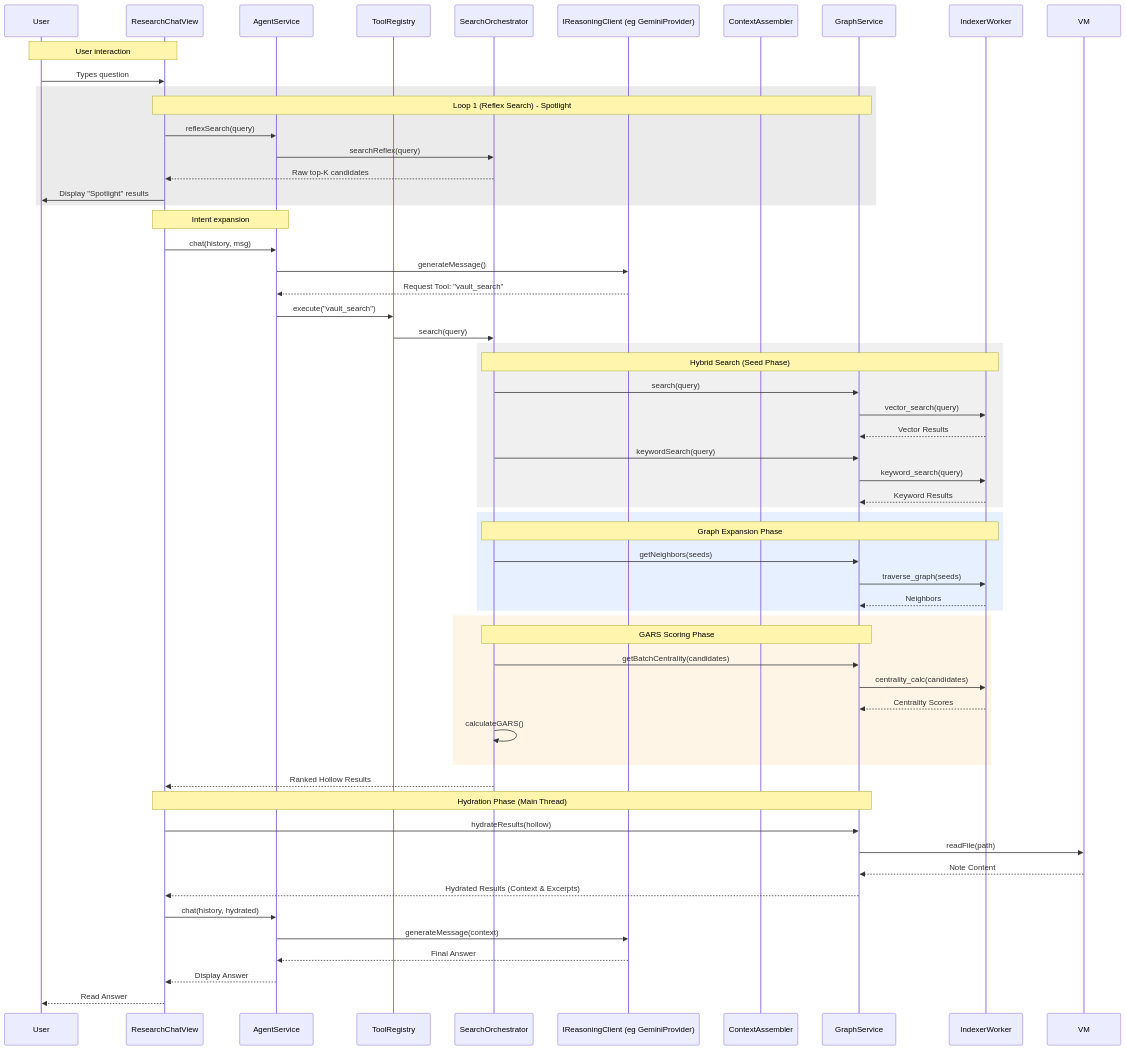
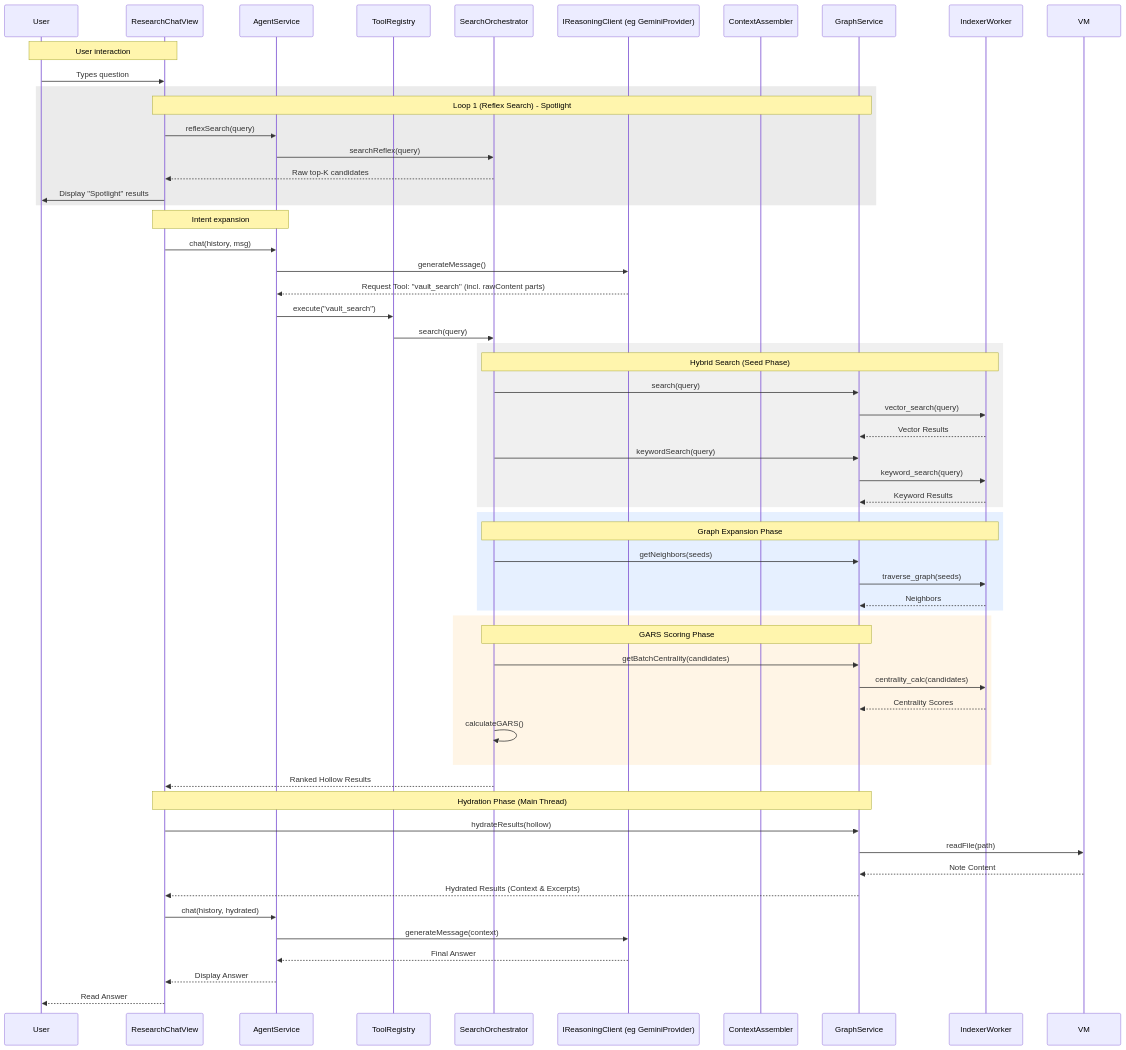
The third of 8 diagrams in devs/ARCHITECTURE.md (cybaea/obsidian-vault-intelligence), drawn with Mermaid before and after one commit. The commit also changed other lines of this file, not shown here.

````diff
--- a/devs/ARCHITECTURE.md
+++ b/devs/ARCHITECTURE.md
@@ -141,68 +141,68 @@
 ```mermaid
 sequenceDiagram
     participant U as User
     participant V as ResearchChatView
     participant A as AgentService
     participant TR as ToolRegistry
     participant S as SearchOrchestrator
     participant RC as IReasoningClient (eg GeminiProvider)
     participant CA as ContextAssembler
     participant GS as GraphService
     participant IW as IndexerWorker
 
     Note over U,V: User interaction
     U->>V: Types question
     
     rect rgb(235, 235, 235)
     Note over V,GS: Loop 1 (Reflex Search) - Spotlight
     V->>A: reflexSearch(query)
     A->>S: searchReflex(query)
     S-->>V: Raw top-K candidates
     V->>U: Display "Spotlight" results
     end
 
     Note over V,A: Intent expansion
     V->>A: chat(history, msg)
     A->>RC: generateMessage()
-    RC-->>A: Request Tool: "vault_search"
+    RC-->>A: Request Tool: "vault_search" (incl. rawContent parts)
     A->>TR: execute("vault_search")
     TR->>S: search(query)
 
     rect rgb(240, 240, 240)
     Note over S,IW: Hybrid Search (Seed Phase)
     S->>GS: search(query)
     GS->>IW: vector_search(query)
     IW-->>GS: Vector Results
     S->>GS: keywordSearch(query)
     GS->>IW: keyword_search(query)
     IW-->>GS: Keyword Results
     end
 
     rect rgb(230, 240, 255)
     Note over S,IW: Graph Expansion Phase
     S->>GS: getNeighbors(seeds)
     GS->>IW: traverse_graph(seeds)
     IW-->>GS: Neighbors
     end
  
     rect rgb(255, 245, 230)
     Note over S,GS: GARS Scoring Phase
     S->>GS: getBatchCentrality(candidates)
     GS->>IW: centrality_calc(candidates)
     IW-->>GS: Centrality Scores
     S->>S: calculateGARS()
     end
  
     S-->>V: Ranked Hollow Results
     Note over V,GS: Hydration Phase (Main Thread)
     V->>GS: hydrateResults(hollow)
     GS->>VM: readFile(path)
     VM-->>GS: Note Content
     GS-->>V: Hydrated Results (Context & Excerpts)
     
     V->>A: chat(history, hydrated)
     A->>RC: generateMessage(context)
     RC-->>A: Final Answer
     A-->>V: Display Answer
     V-->>U: Read Answer
 ```
````
